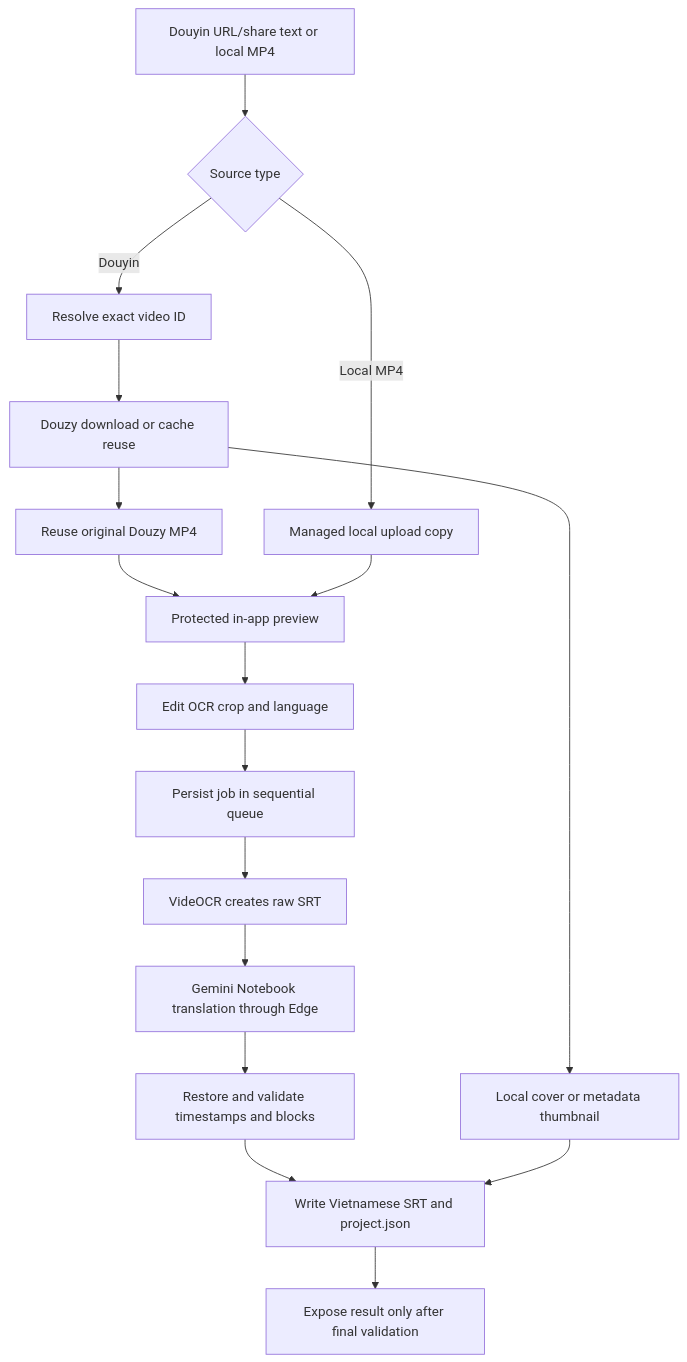
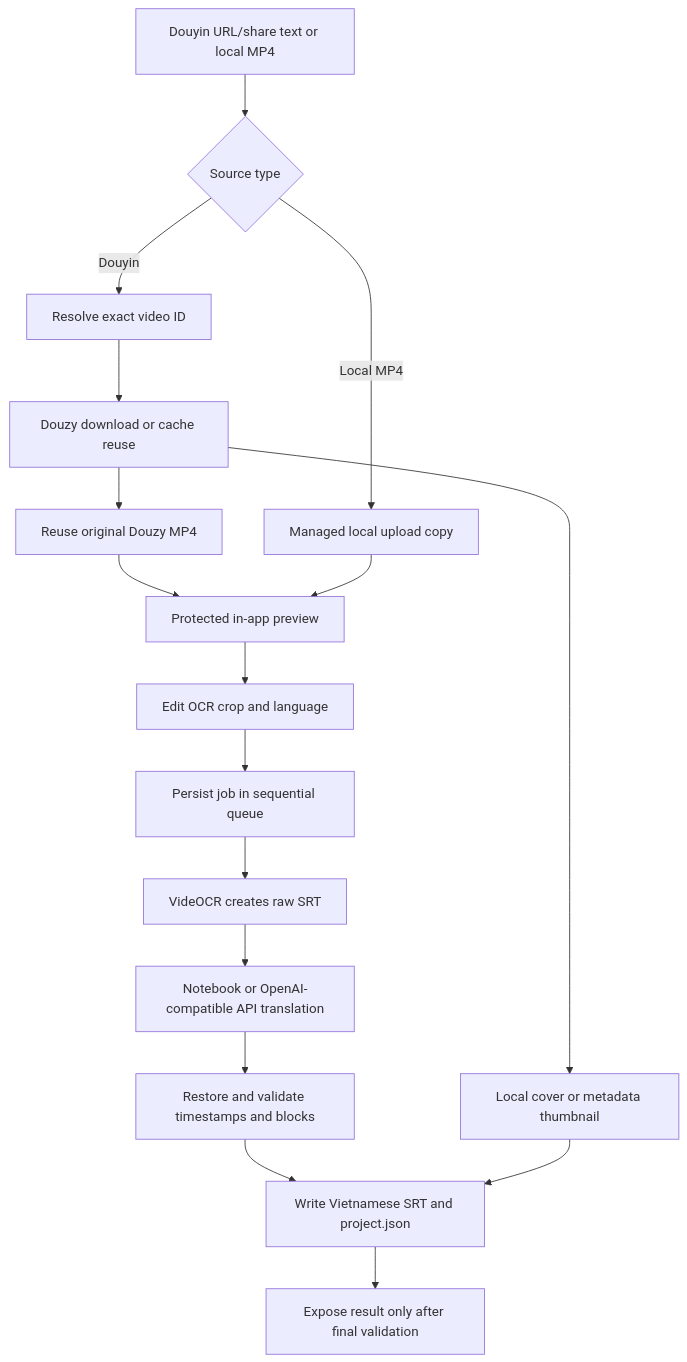
The first of 2 diagrams in README.md (qvinh8726/VietSub-Studio), drawn with Mermaid before and after one commit. The commit also changed other lines of this file and 18 other files, not shown here.

````diff
--- a/README.md
+++ b/README.md
@@ -341,19 +352,19 @@
 ```mermaid
 flowchart TD
     A[Douyin URL/share text or local MP4] --> B{Source type}
     B -->|Douyin| C[Resolve exact video ID]
     C --> D[Douzy download or cache reuse]
     D --> E[Reuse original Douzy MP4]
     D --> T[Local cover or metadata thumbnail]
     B -->|Local MP4| F[Managed local upload copy]
     E --> G[Protected in-app preview]
     F --> G
     G --> H[Edit OCR crop and language]
     H --> I[Persist job in sequential queue]
     I --> J[VideOCR creates raw SRT]
-    J --> K[Gemini Notebook translation through Edge]
+    J --> K[Notebook or OpenAI-compatible API translation]
     K --> L[Restore and validate timestamps and blocks]
     L --> M[Write Vietnamese SRT and project.json]
     T --> M
     M --> N[Expose result only after final validation]
 ```
````
